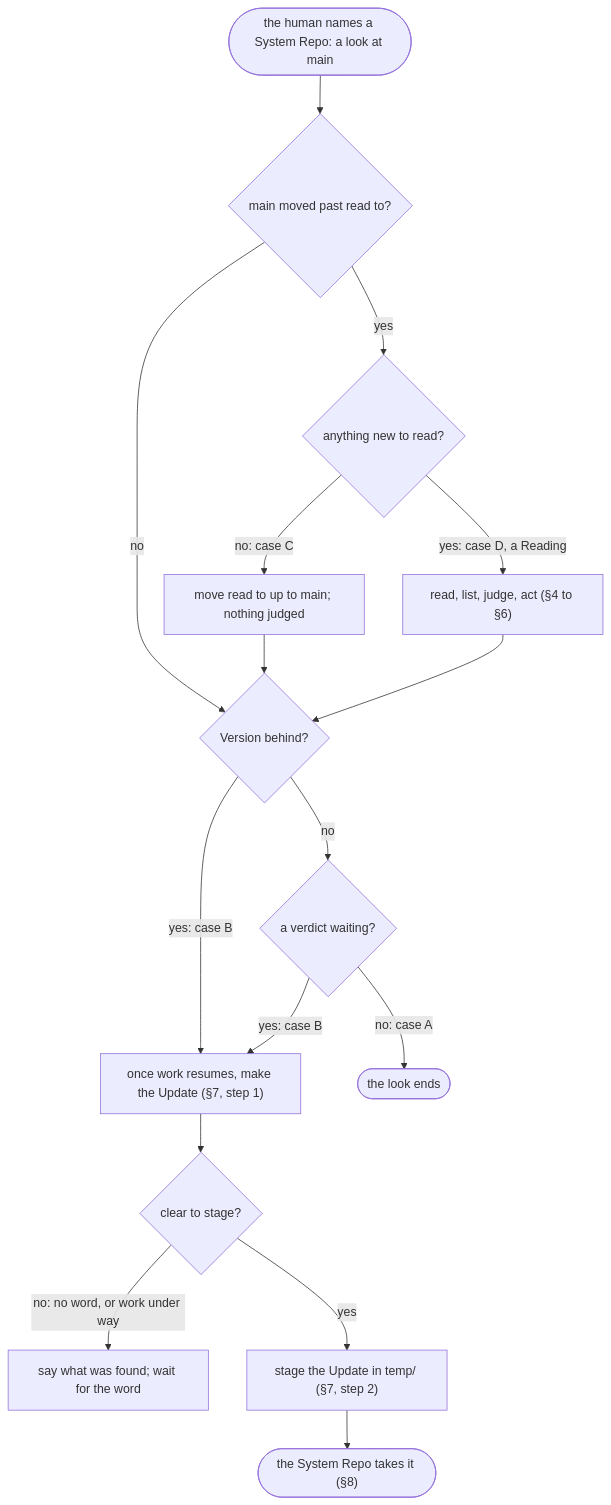
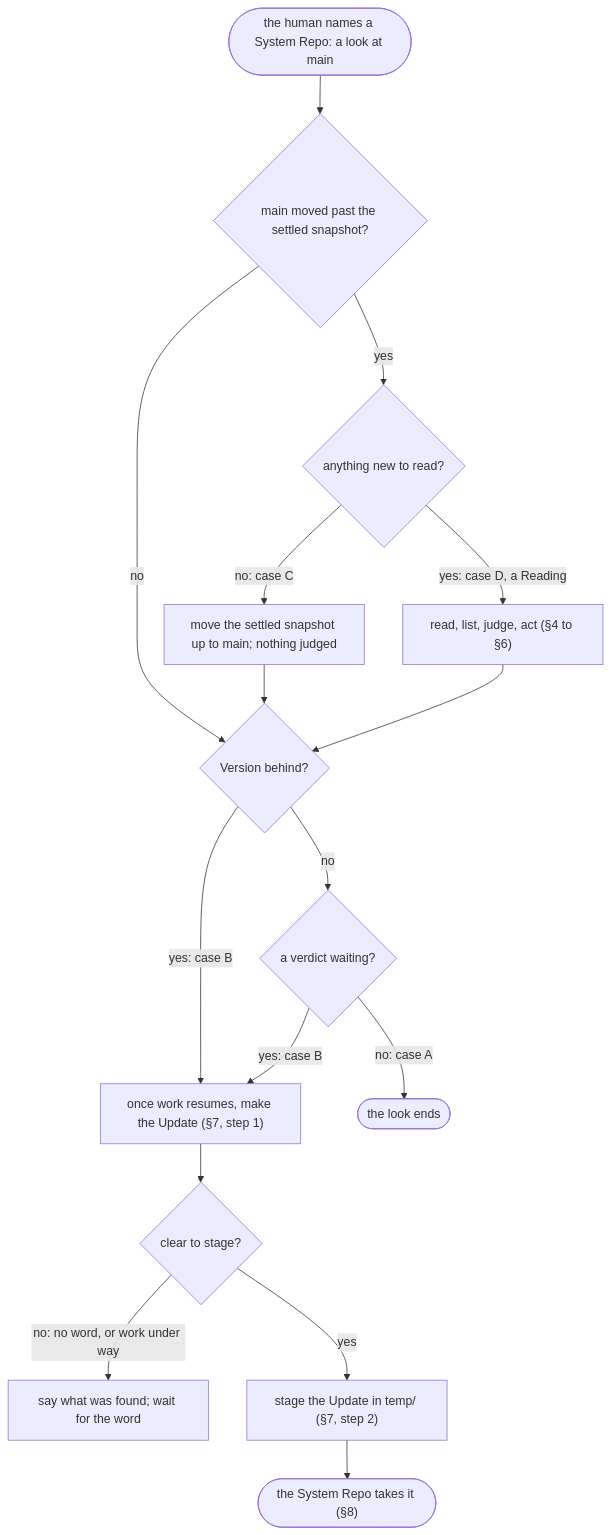
One commit to edgaras87/correctness-by-construction changed the diagram in temp/system-repo-change-flow.md. Above: the diagram before and after it, drawn with Mermaid. The commit also changed other lines of this file, not shown here.

First line of the commit message:
docs: temp's flow says settled snapshot

````diff
--- a/temp/system-repo-change-flow.md
+++ b/temp/system-repo-change-flow.md
@@ -215,18 +215,18 @@
 ```mermaid
 flowchart TD
-  start(["the human names a System Repo: a look at main"]) --> c1{"main moved past read to?"}
+  start(["the human names a System Repo: a look at main"]) --> c1{"main moved past the settled snapshot?"}
   c1 -- yes --> c2{"anything new to read?"}
   c1 -- no --> c3
-  c2 -- "no: case C" --> C["move read to up to main; nothing judged"]
+  c2 -- "no: case C" --> C["move the settled snapshot up to main; nothing judged"]
   c2 -- "yes: case D, a Reading" --> D["read, list, judge, act (§4 to §6)"]
   C --> c3
   D --> c3{"Version behind?"}
   c3 -- "yes: case B" --> make["once work resumes, make the Update (§7, step 1)"]
   c3 -- no --> v{"a verdict waiting?"}
   v -- "yes: case B" --> make
   v -- "no: case A" --> none(["the look ends"])
   make --> ok{"clear to stage?"}
   ok -- "no: no word, or work under way" --> wait["say what was found; wait for the word"]
   ok -- yes --> stage["stage the Update in temp/ (§7, step 2)"]
   stage --> take(["the System Repo takes it (§8)"])
 ```
````
